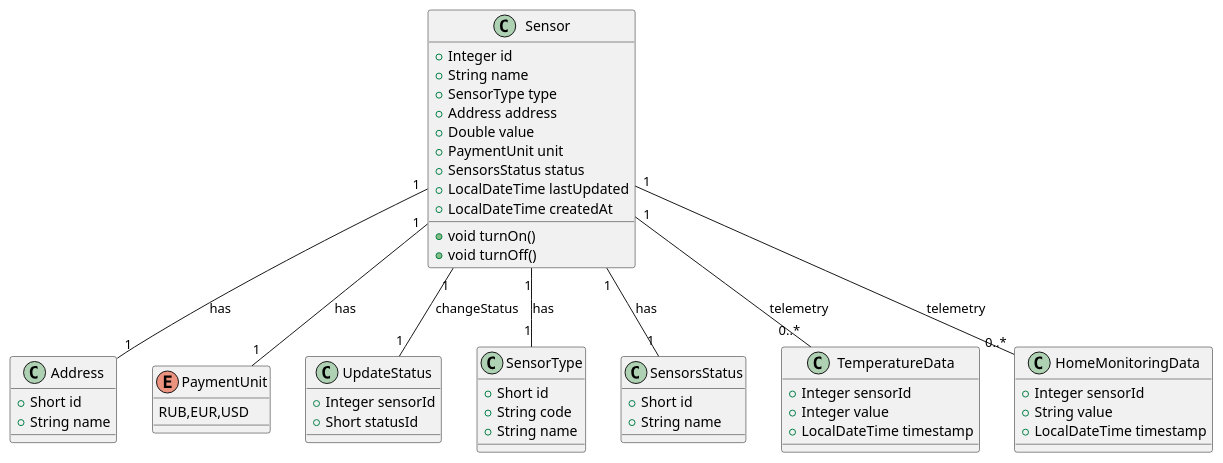
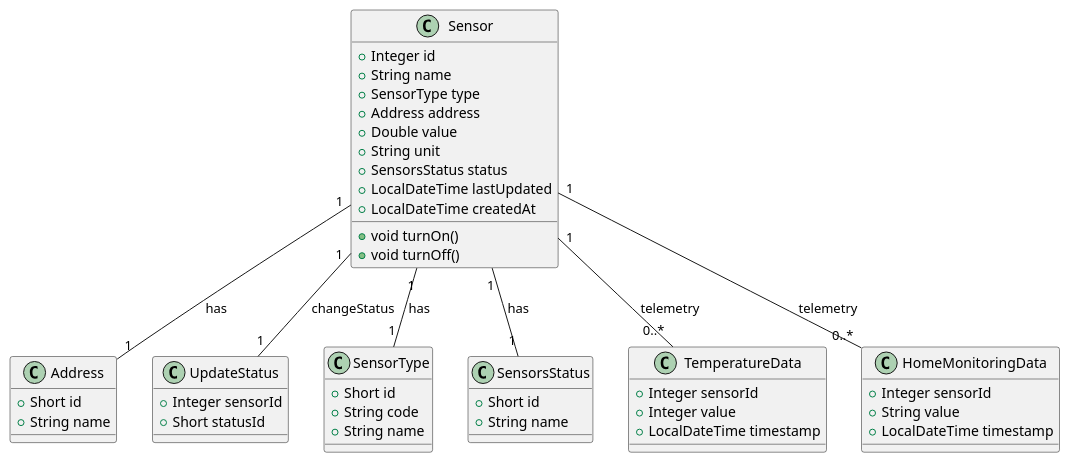
The diagram in diagrams/wh-er.puml (medweather/architecture-pro-warmhouse), drawn with PlantUML before and after one commit.

Commit message:
ER fixed

```diff
--- a/diagrams/wh-er.puml
+++ b/diagrams/wh-er.puml
@@ -1,60 +1,55 @@
 @startuml
 class Sensor {
   +Integer id
   +String name
   +SensorType type
   +Address address
   +Double value
-  +PaymentUnit unit
+  +String unit
   +SensorsStatus status
   +LocalDateTime lastUpdated
   +LocalDateTime createdAt
   +void turnOn()
   +void turnOff()
 }
 
 class Address {
   +Short id
   +String name
-}
-
-enum PaymentUnit {
-    RUB,EUR,USD
 }
 
 class UpdateStatus {
   +Integer sensorId
   +Short statusId
 }
 
 class SensorType {
   +Short id
   +String code
   +String name
 }
 
 class SensorsStatus {
   +Short id
   +String name
 }
 
 class TemperatureData {
   +Integer sensorId
   +Integer value
   +LocalDateTime timestamp
 }
 
 class HomeMonitoringData {
   +Integer sensorId
   +String value
   +LocalDateTime timestamp
 }
 
-Sensor "1" -- "1" PaymentUnit : has
 Sensor "1" -- "1" Address : has
 Sensor "1" -- "1" SensorType : has
 Sensor "1" -- "1" SensorsStatus : has
 Sensor "1" -- "0..*" TemperatureData : telemetry
 Sensor "1" -- "0..*" HomeMonitoringData : telemetry
 Sensor "1" -- "1" UpdateStatus : changeStatus
 @enduml
```
